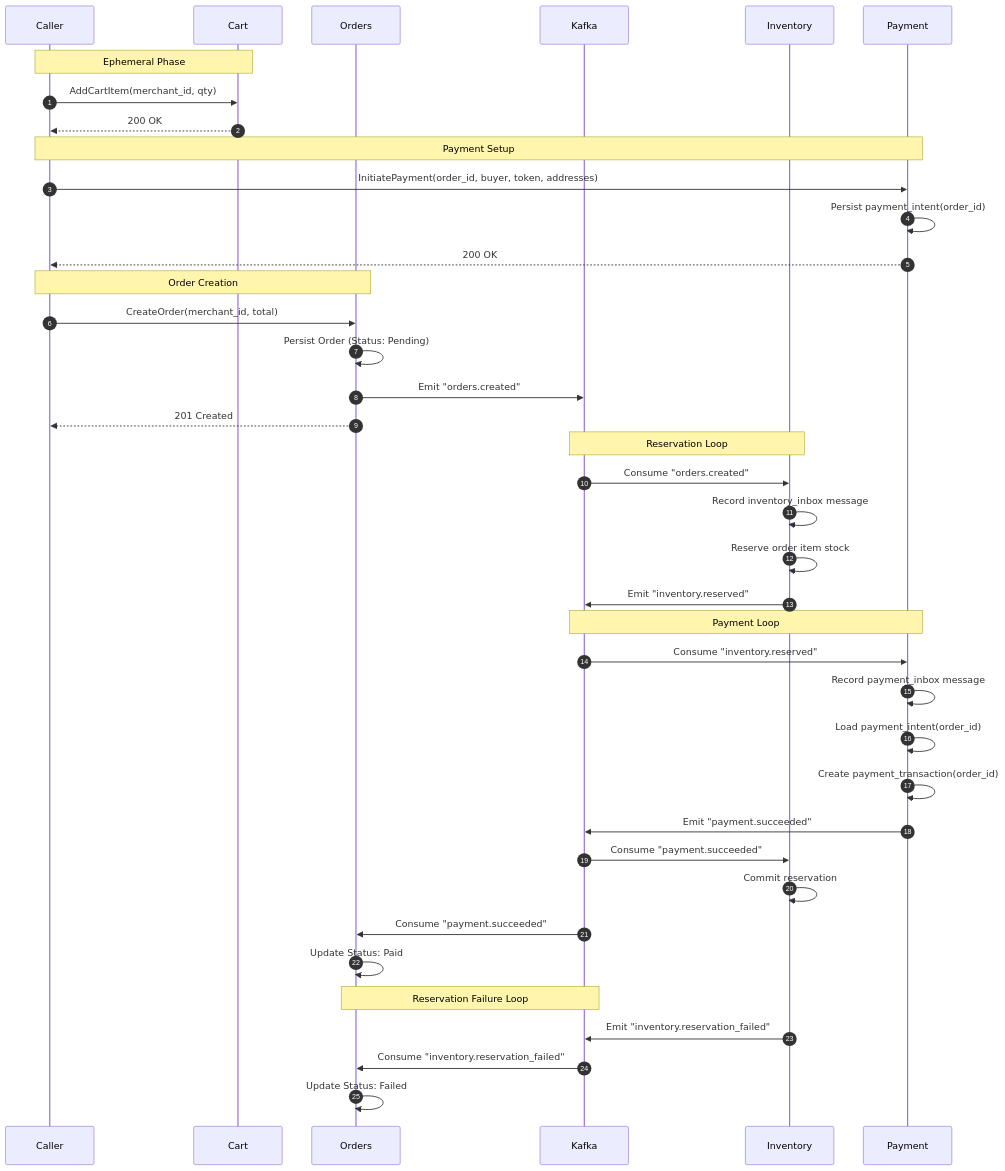
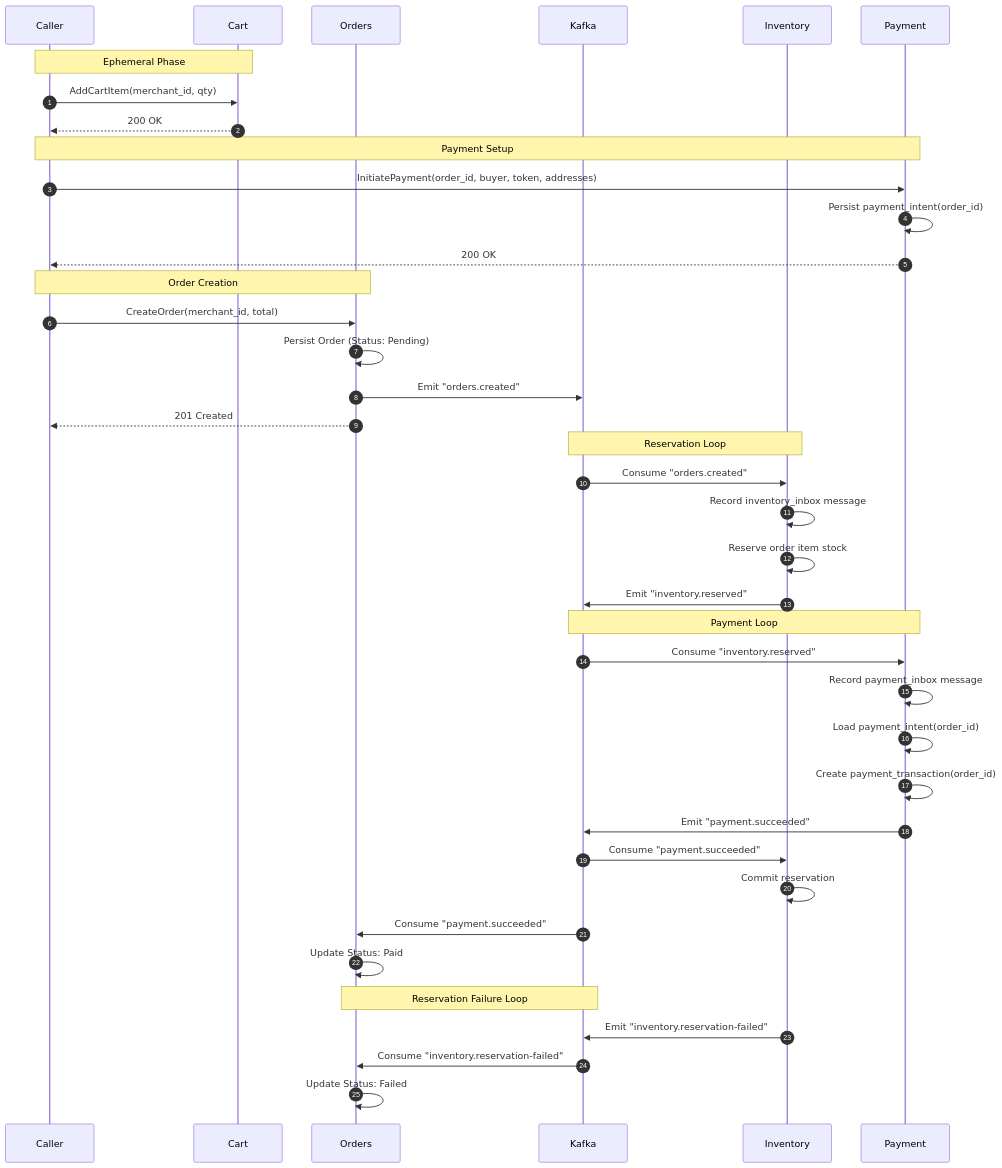
One commit to phuchoang2603/refurbished-marketplace changed the diagram in docs/order-placement.md. Above: the diagram before and after it, drawn with Mermaid. The commit also changed other lines of this file and 6 other files, not shown here.

````diff
--- a/docs/order-placement.md
+++ b/docs/order-placement.md
@@ -14,47 +14,47 @@
 ```mermaid
 sequenceDiagram
     autonumber
     participant C as Caller
     participant CRT as Cart
     participant ORD as Orders
     participant K as Kafka
     participant INV as Inventory
     participant PAY as Payment
 
     Note over C, CRT: Ephemeral Phase
     C->>CRT: AddCartItem(merchant_id, qty)
     CRT-->>C: 200 OK
 
     Note over C, PAY: Payment Setup
     C->>PAY: InitiatePayment(order_id, buyer, token, addresses)
     PAY->>PAY: Persist payment_intent(order_id)
     PAY-->>C: 200 OK
 
     Note over C, ORD: Order Creation
     C->>ORD: CreateOrder(merchant_id, total)
     ORD->>ORD: Persist Order (Status: Pending)
     ORD->>K: Emit "orders.created"
     ORD-->>C: 201 Created
 
     Note over K, INV: Reservation Loop
     K->>INV: Consume "orders.created"
     INV->>INV: Record inventory_inbox message
     INV->>INV: Reserve order item stock
     INV->>K: Emit "inventory.reserved"
 
     Note over K, PAY: Payment Loop
     K->>PAY: Consume "inventory.reserved"
     PAY->>PAY: Record payment_inbox message
     PAY->>PAY: Load payment_intent(order_id)
     PAY->>PAY: Create payment_transaction(order_id)
     PAY->>K: Emit "payment.succeeded"
     K->>INV: Consume "payment.succeeded"
     INV->>INV: Commit reservation
     K->>ORD: Consume "payment.succeeded"
     ORD->>ORD: Update Status: Paid
 
     Note over K, ORD: Reservation Failure Loop
-    INV->>K: Emit "inventory.reservation_failed"
-    K->>ORD: Consume "inventory.reservation_failed"
+    INV->>K: Emit "inventory.reservation-failed"
+    K->>ORD: Consume "inventory.reservation-failed"
     ORD->>ORD: Update Status: Failed
 ```
````
